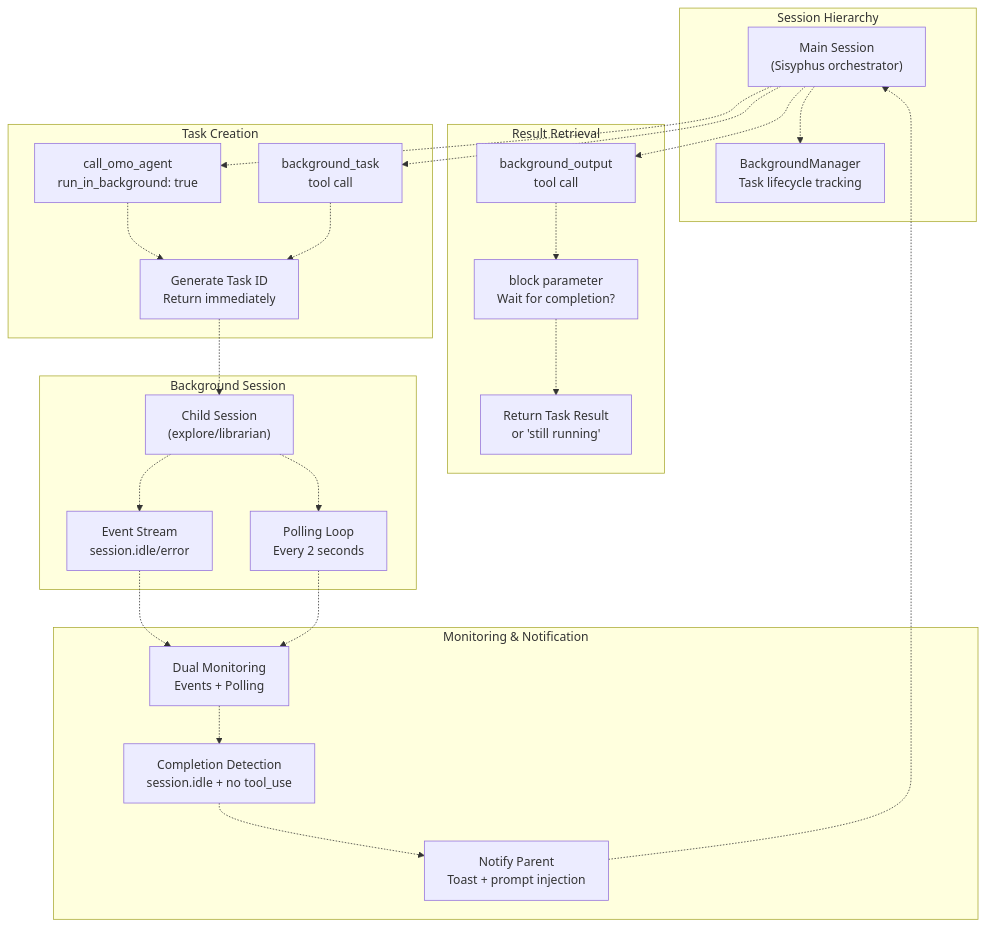
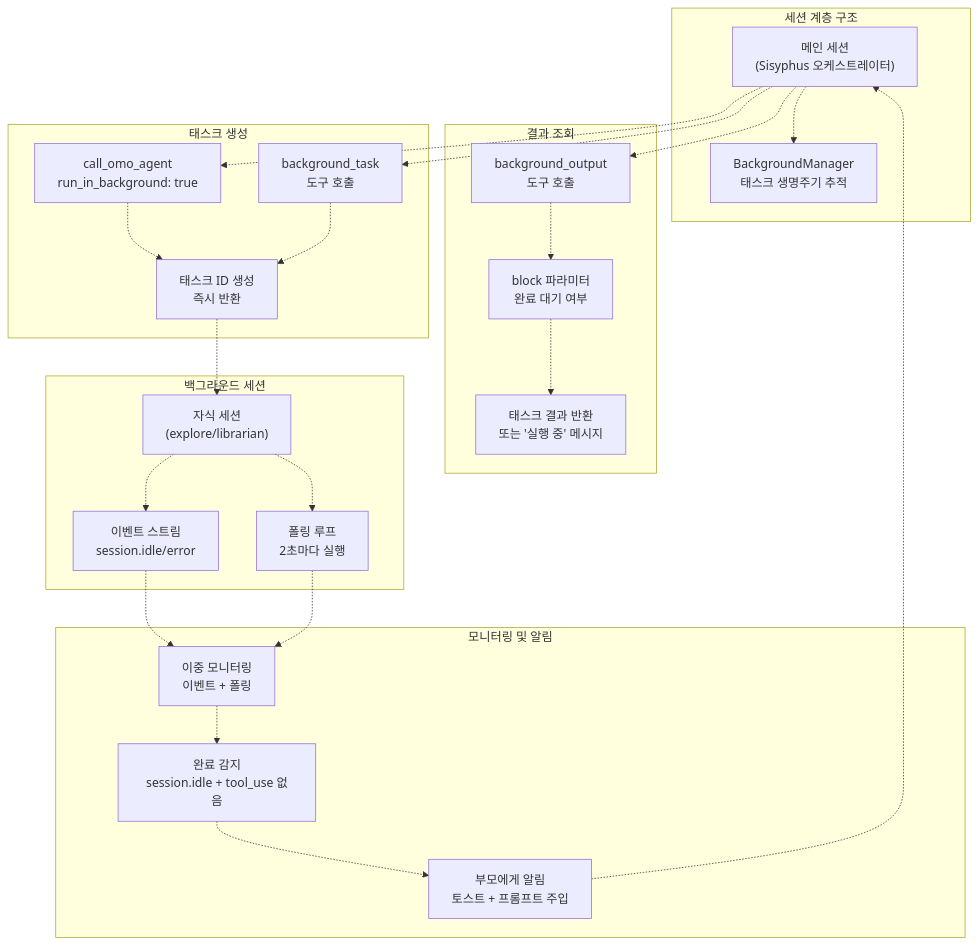
One commit to felipetruman/oh-my-opencode-docs changed the fifth of 5 diagrams in docs/advanced/advanced-topics.md. Above: the diagram before and after it, drawn with Mermaid. The commit also changed other lines of this file and 76 other files, not shown here.

````diff
--- a/docs/advanced/advanced-topics.md
+++ b/docs/advanced/advanced-topics.md
@@ -500,64 +500,64 @@
 ```mermaid
 flowchart TD
 
-MainSession["Main Session<br>(Sisyphus orchestrator)"]
-BgManager["BackgroundManager<br>Task lifecycle tracking"]
+MainSession["메인 세션<br>(Sisyphus 오케스트레이터)"]
+BgManager["BackgroundManager<br>태스크 생명주기 추적"]
 CallAgent["call_omo_agent<br>run_in_background: true"]
-BgTask["background_task<br>tool call"]
-TaskID["Generate Task ID<br>Return immediately"]
-ChildSession["Child Session<br>(explore/librarian)"]
-EventStream["Event Stream<br>session.idle/error"]
-Polling["Polling Loop<br>Every 2 seconds"]
-Monitor["Dual Monitoring<br>Events + Polling"]
-Detect["Completion Detection<br>session.idle + no tool_use"]
-Notify["Notify Parent<br>Toast + prompt injection"]
-BgOutput["background_output<br>tool call"]
-Block["block parameter<br>Wait for completion?"]
-Result["Return Task Result<br>or 'still running'"]
+BgTask["background_task<br>도구 호출"]
+TaskID["태스크 ID 생성<br>즉시 반환"]
+ChildSession["자식 세션<br>(explore/librarian)"]
+EventStream["이벤트 스트림<br>session.idle/error"]
+Polling["폴링 루프<br>2초마다 실행"]
+Monitor["이중 모니터링<br>이벤트 + 폴링"]
+Detect["완료 감지<br>session.idle + tool_use 없음"]
+Notify["부모에게 알림<br>토스트 + 프롬프트 주입"]
+BgOutput["background_output<br>도구 호출"]
+Block["block 파라미터<br>완료 대기 여부"]
+Result["태스크 결과 반환<br>또는 '실행 중' 메시지"]
 
 MainSession -.-> CallAgent
 MainSession -.-> BgTask
 TaskID -.-> ChildSession
 EventStream -.-> Monitor
 Polling -.-> Monitor
 Notify -.-> MainSession
 MainSession -.-> BgOutput
 
-subgraph subGraph4 ["Result Retrieval"]
+subgraph subGraph4 ["결과 조회"]
     BgOutput
     Block
     Result
     BgOutput -.-> Block
     Block -.-> Result
 end
 
-subgraph subGraph3 ["Monitoring & Notification"]
+subgraph subGraph3 ["모니터링 및 알림"]
     Monitor
     Detect
     Notify
     Monitor -.-> Detect
     Detect -.-> Notify
 end
 
-subgraph subGraph2 ["Background Session"]
+subgraph subGraph2 ["백그라운드 세션"]
     ChildSession
     EventStream
     Polling
     ChildSession -.-> EventStream
     ChildSession -.-> Polling
 end
 
-subgraph subGraph1 ["Task Creation"]
+subgraph subGraph1 ["태스크 생성"]
     CallAgent
     BgTask
     TaskID
     CallAgent -.-> TaskID
     BgTask -.-> TaskID
 end
 
-subgraph subGraph0 ["Session Hierarchy"]
+subgraph subGraph0 ["세션 계층 구조"]
     MainSession
     BgManager
     MainSession -.-> BgManager
 end
 ```
````
